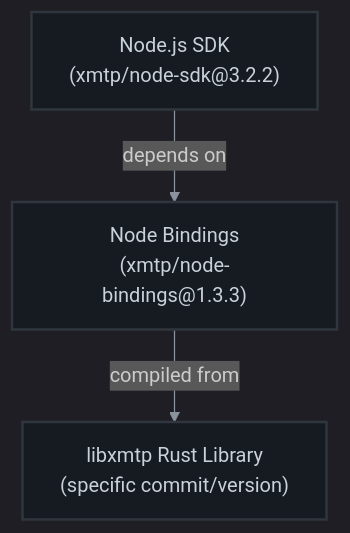
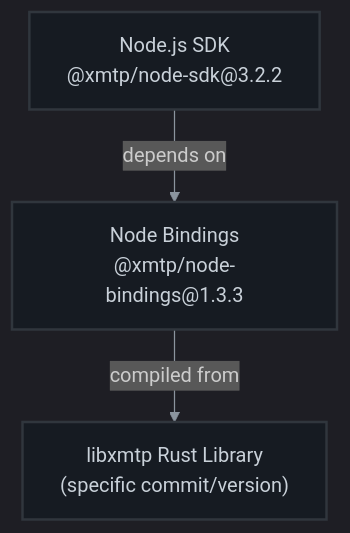
The diagram in docs/version-management.md (xmtp/xmtp-qa-tools), drawn with Mermaid before and after one commit.

Commit message:
Update version references for clarity in documentation

````diff
--- a/docs/version-management.md
+++ b/docs/version-management.md
@@ -7,13 +7,13 @@
 ```mermaid
 %%{init: {'theme': 'dark', 'themeVariables': { 'primaryColor': '#0D1117', 'primaryTextColor': '#c9d1d9', 'primaryBorderColor': '#30363d', 'lineColor': '#8b949e', 'secondaryColor': '#161b22', 'tertiaryColor': '#161b22' }}}%%
 
 flowchart TD
-  nodeSDK["Node.js SDK<br/>(xmtp/node-sdk@3.2.2)"]
-  nodeBindings["Node Bindings<br/>(xmtp/node-bindings@1.3.3)"]
+  nodeSDK["Node.js SDK<br/>@xmtp/node-sdk@3.2.2"]
+  nodeBindings["Node Bindings<br/>@xmtp/node-bindings@1.3.3"]
   libxmtp["libxmtp Rust Library<br/>(specific commit/version)"]
 
   nodeSDK --> |depends on| nodeBindings
   nodeBindings --> |compiled from| libxmtp
 
   classDef default fill:#161b22,stroke:#30363d,stroke-width:2px,color:#c9d1d9;
 ```
````
